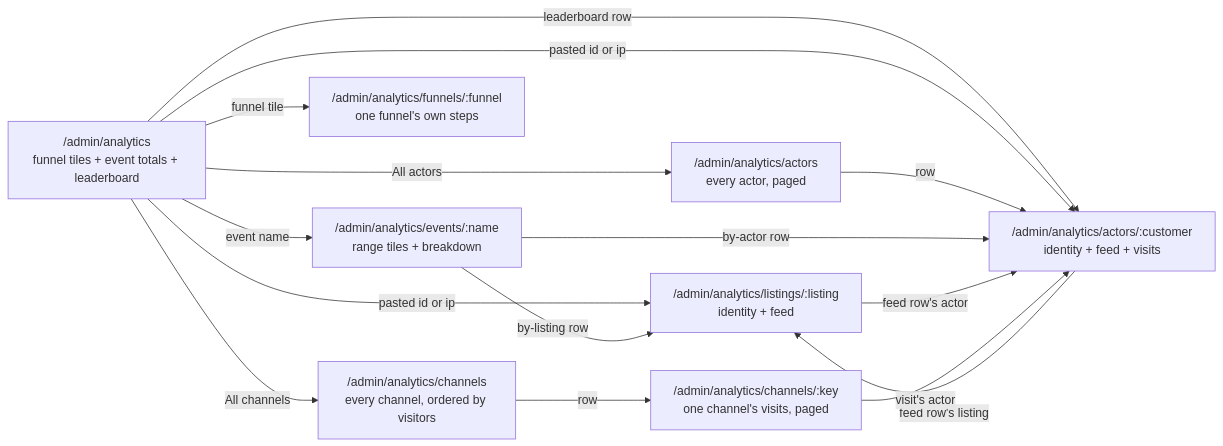
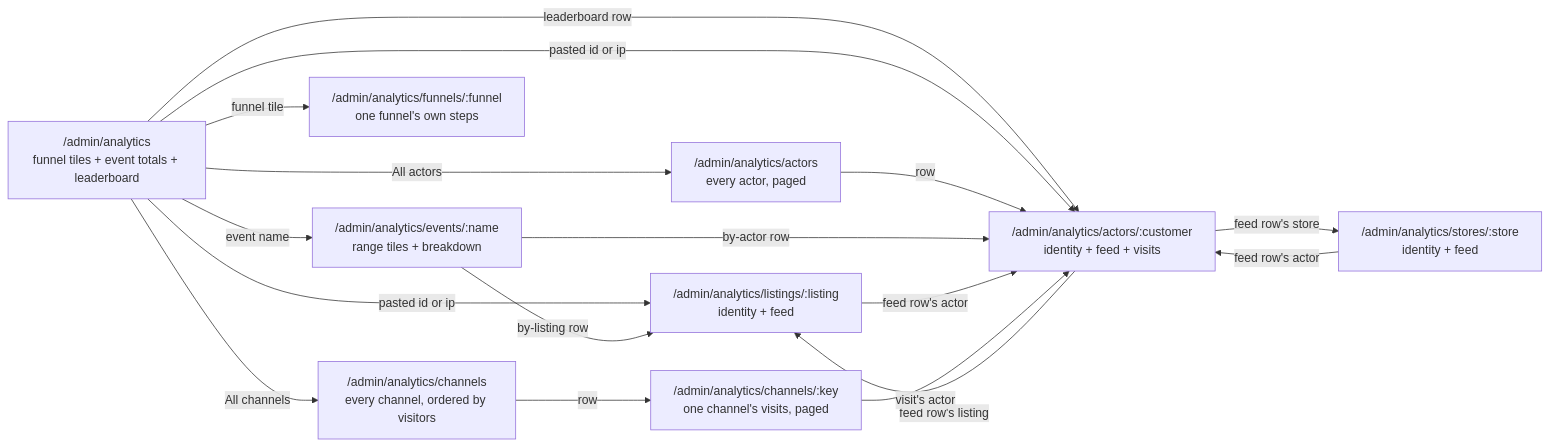
Before and after one commit to jonathan-beebe/art-store: the fifth of 8 diagrams in app/docs/admin.md, drawn with Mermaid. The commit also changed other lines of this file and 26 other files, not shown here.

````diff
--- a/app/docs/admin.md
+++ b/app/docs/admin.md
@@ -297,26 +307,29 @@
 ```mermaid
 flowchart LR
     entry["/admin/analytics<br/>funnel tiles + event totals + leaderboard"]
     event["/admin/analytics/events/:name<br/>range tiles + breakdown"]
     actors["/admin/analytics/actors<br/>every actor, paged"]
     listing["/admin/analytics/listings/:listing<br/>identity + feed"]
+    store["/admin/analytics/stores/:store<br/>identity + feed"]
     actor["/admin/analytics/actors/:customer<br/>identity + feed + visits"]
     channels["/admin/analytics/channels<br/>every channel, ordered by visitors"]
     channel["/admin/analytics/channels/:key<br/>one channel's visits, paged"]
     funnel["/admin/analytics/funnels/:funnel<br/>one funnel's own steps"]
 
     entry -->|"event name"| event
     entry -->|"leaderboard row"| actor
     entry -->|"pasted id or ip"| listing
     entry -->|"pasted id or ip"| actor
     entry -->|"All actors"| actors
     entry -->|"All channels"| channels
     entry -->|"funnel tile"| funnel
     actors -->|"row"| actor
     event -->|"by-listing row"| listing
     event -->|"by-actor row"| actor
     listing -->|"feed row's actor"| actor
     actor -->|"feed row's listing"| listing
+    actor -->|"feed row's store"| store
+    store -->|"feed row's actor"| actor
     channels -->|"row"| channel
     channel -->|"visit's actor"| actor
 ```
````
